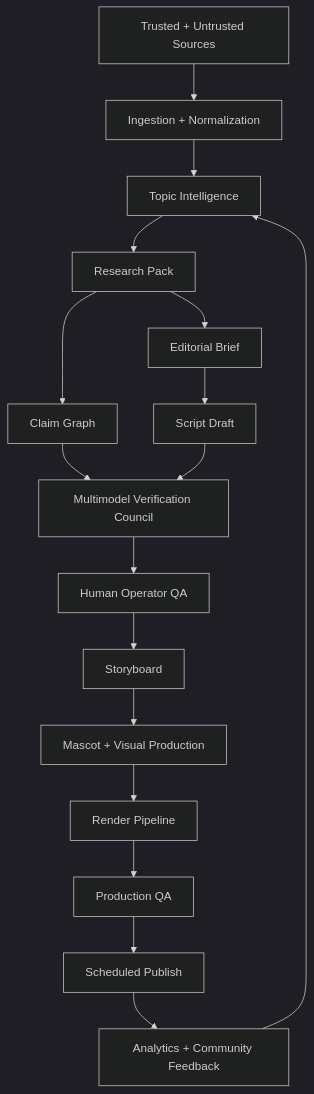
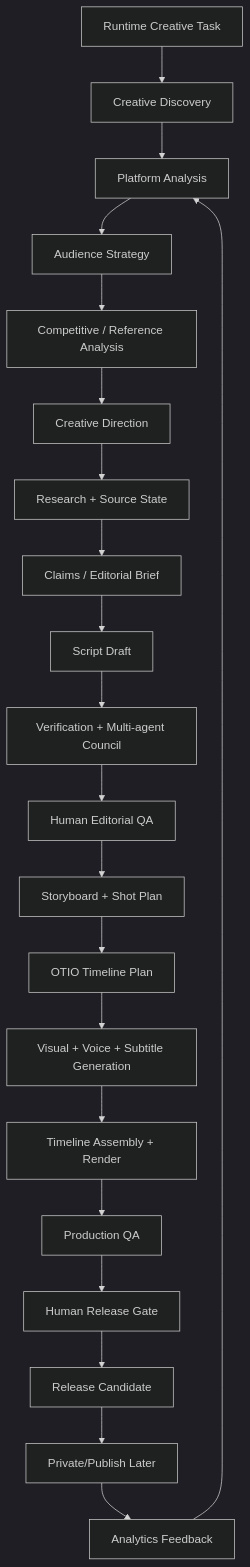
The first of 2 diagrams in docs/SYSTEM_BLUEPRINT.md (AnimusHQ/news), drawn with Mermaid (dark theme) before and after one commit. The commit also changed other lines of this file, not shown here.

````diff
--- a/docs/SYSTEM_BLUEPRINT.md
+++ b/docs/SYSTEM_BLUEPRINT.md
@@ -31,19 +33,23 @@
 ```mermaid
 flowchart TD
-  A[Trusted + Untrusted Sources] --> B[Ingestion + Normalization]
-  B --> C[Topic Intelligence]
-  C --> D[Research Pack]
-  D --> E[Claim Graph]
-  D --> F[Editorial Brief]
-  F --> G[Script Draft]
-  E --> H[Multimodel Verification Council]
-  G --> H
-  H --> I[Human Operator QA]
-  I --> J[Storyboard]
-  J --> K[Mascot + Visual Production]
-  K --> L[Render Pipeline]
-  L --> M[Production QA]
-  M --> N[Scheduled Publish]
-  N --> O[Analytics + Community Feedback]
-  O --> C
+  A[Runtime Creative Task] --> B[Creative Discovery]
+  B --> C[Platform Analysis]
+  C --> D[Audience Strategy]
+  D --> E[Competitive / Reference Analysis]
+  E --> F[Creative Direction]
+  F --> G[Research + Source State]
+  G --> H[Claims / Editorial Brief]
+  H --> I[Script Draft]
+  I --> J[Verification + Multi-agent Council]
+  J --> K[Human Editorial QA]
+  K --> L[Storyboard + Shot Plan]
+  L --> M[OTIO Timeline Plan]
+  M --> N[Visual + Voice + Subtitle Generation]
+  N --> O[Timeline Assembly + Render]
+  O --> P[Production QA]
+  P --> Q[Human Release Gate]
+  Q --> R[Release Candidate]
+  R --> S[Private/Publish Later]
+  S --> T[Analytics Feedback]
+  T --> C
 ```
````
